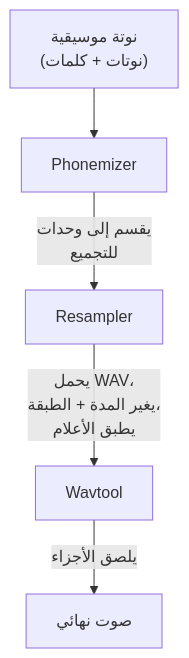
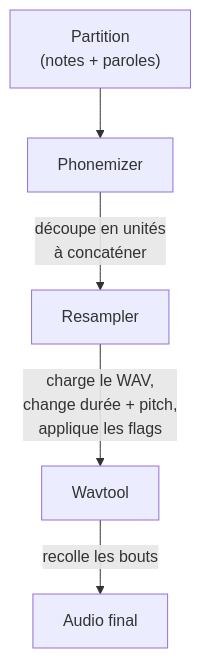
One commit to fox3000foxy/fox3000foxy.github.io changed the second of 2 diagrams in public/articles/ar/utau.md. Above: the diagram before and after it, drawn with Mermaid. The commit also changed other lines of this file and 576 other files, not shown here.

````diff
--- a/public/articles/ar/utau.md
+++ b/public/articles/ar/utau.md
@@ -118,7 +118,7 @@
 ```mermaid
 flowchart TD
-    A["نوتة موسيقية<br/>(نوتات + كلمات)"] --> B[Phonemizer]
-    B -->|"يقسم إلى وحدات<br/>للتجميع"| C[Resampler]
-    C -->|"يحمل WAV،<br/>يغير المدة + الطبقة،<br/>يطبق الأعلام"| D[Wavtool]
-    D -->|"يلصق الأجزاء"| E["صوت نهائي"]
+    A["Partition<br/>(notes + paroles)"] --> B[Phonemizer]
+    B -->|"découpe en unités<br/>à concaténer"| C[Resampler]
+    C -->|"charge le WAV,<br/>change durée + pitch,<br/>applique les flags"| D[Wavtool]
+    D -->|"recolle les bouts"| E["Audio final"]
 ```
````
